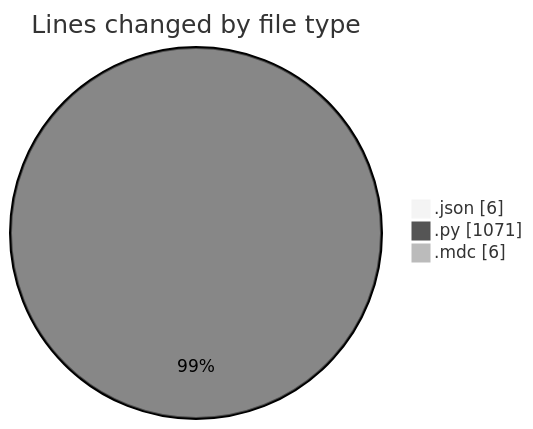
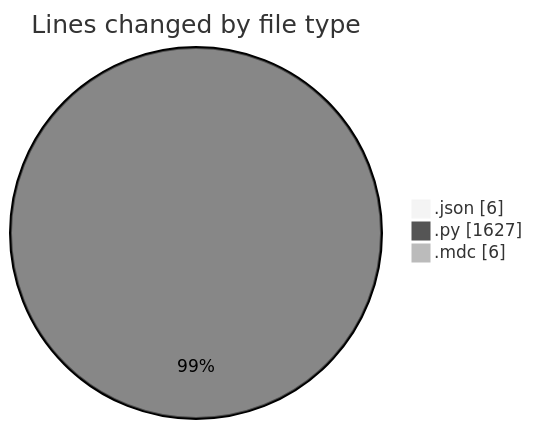
Before and after one commit to jrari/code-tracking: the first of 2 diagrams in 2025-07-16/telebot/README.md, drawn with Mermaid (neutral theme). The commit also changed other lines of this file and 1 other file, not shown here.

````diff
--- a/2025-07-16/telebot/README.md
+++ b/2025-07-16/telebot/README.md
@@ -22,7 +23,7 @@
 ```mermaid
 pie showData
 title Lines changed by file type
 ".json" : 6
-".py" : 1071
+".py" : 1627
 ".mdc" : 6
 ```
````
